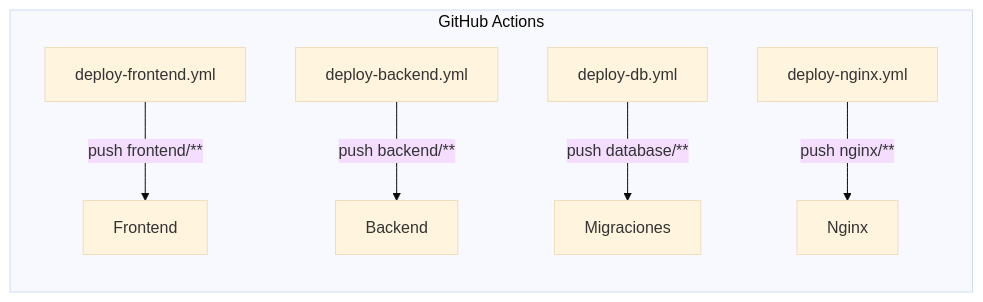
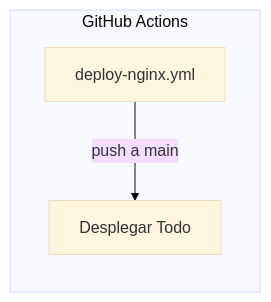
Before and after one commit to NicolasRobledo/proyect: the fourth of 4 diagrams in README.md, drawn with Mermaid (base theme). The commit also changed other lines of this file, not shown here.

````diff
--- a/README.md
+++ b/README.md
@@ -94,9 +93,6 @@
 ```mermaid
 graph LR
     subgraph GitHub Actions
-        F[deploy-frontend.yml] -->|push frontend/**| FE[Frontend]
-        B[deploy-backend.yml] -->|push backend/**| BE[Backend]
-        D[deploy-db.yml] -->|push database/**| DB[Migraciones]
-        N[deploy-nginx.yml] -->|push nginx/**| NG[Nginx]
+        N[deploy-nginx.yml] -->|push a main| Deploy[Desplegar Todo]
     end
 ```
````
